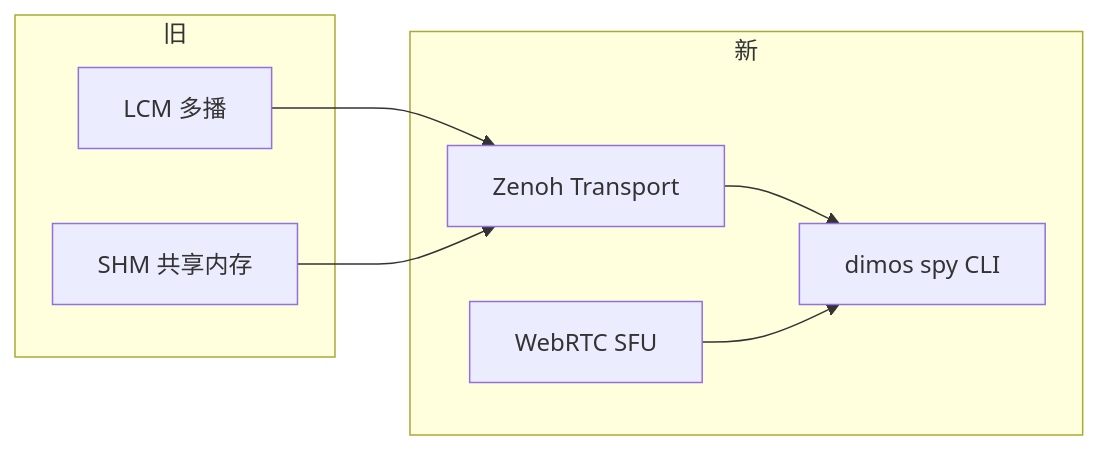
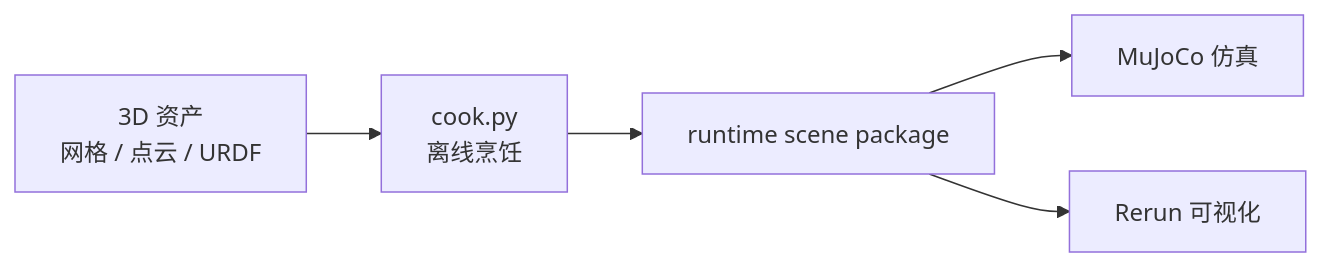
The tenth of 15 diagrams in docs/cursor/20260709-upstream-merge-fdf3cb7d说明.md (topsun-bot/topsun_dimos), drawn with Mermaid before and after one commit. The commit also changed other lines of this file and 7 other files, not shown here.

````diff
--- a/docs/cursor/20260709-upstream-merge-fdf3cb7d说明.md
+++ b/docs/cursor/20260709-upstream-merge-fdf3cb7d说明.md
@@ -112,16 +607,7 @@
 ```mermaid
 flowchart LR
-    subgraph 旧
-        LCM[LCM 多播]
-        SHM[SHM 共享内存]
-    end
-    subgraph 新
-        Z[Zenoh Transport]
-        SPY[dimos spy CLI]
-        WRTC[WebRTC SFU]
-    end
-    LCM --> Z
-    SHM --> Z
-    Z --> SPY
-    WRTC --> SPY
+  ASSET[3D 资产<br/>网格 / 点云 / URDF] --> COOK[cook.py<br/>离线烹饪]
+  COOK --> PKG[runtime scene package]
+  PKG --> MUJOCO[MuJoCo 仿真]
+  PKG --> RERUN[Rerun 可视化]
 ```
````
